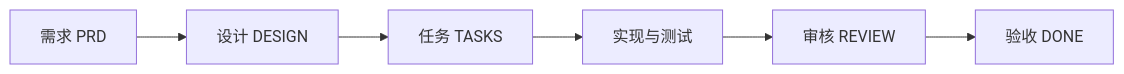
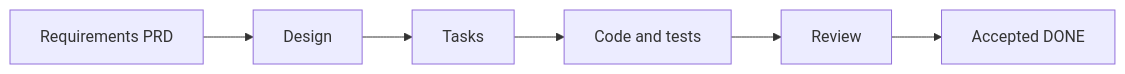
The diagram in README.md (farmertzc-star/agent-matrix), drawn with Mermaid before and after one commit. The commit also changed other lines of this file and 1 other file, not shown here.

````diff
--- a/README.md
+++ b/README.md
@@ -13,8 +13,8 @@
 ```mermaid
 flowchart LR
-    PRD[需求 PRD] --> DESIGN[设计 DESIGN]
-    DESIGN --> TASKS[任务 TASKS]
-    TASKS --> CODE[实现与测试]
-    CODE --> REVIEW[审核 REVIEW]
-    REVIEW --> DONE[验收 DONE]
+    PRD[Requirements PRD] --> DESIGN[Design]
+    DESIGN --> TASKS[Tasks]
+    TASKS --> CODE[Code and tests]
+    CODE --> REVIEW[Review]
+    REVIEW --> DONE[Accepted DONE]
 ```
````
